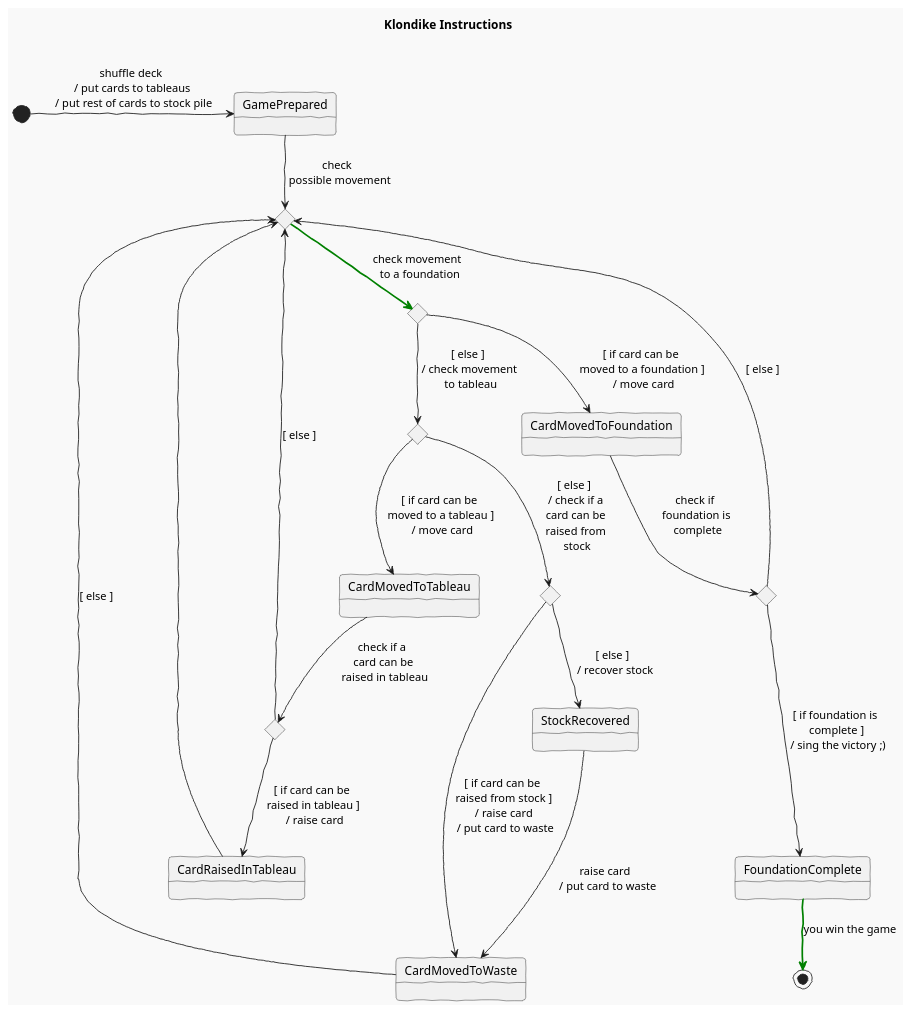
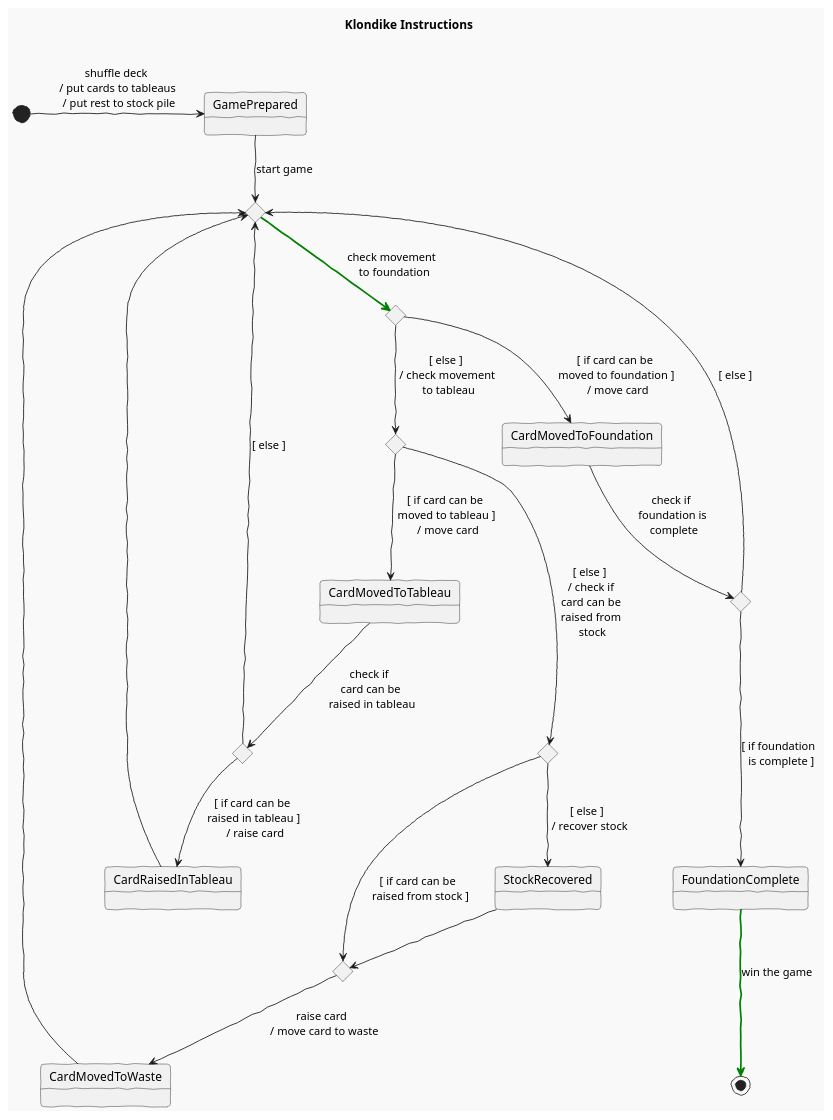
Before and after one commit to USantaTecla-ed-mpds/lab-boole: the diagram in disciplinasSoftware/game-klondike/docs/klondike--instructions.puml, drawn with PlantUML.

Commit message:
Klondike: Update/Improve Instructions

```diff
--- a/disciplinasSoftware/game-klondike/docs/klondike--instructions.puml
+++ b/disciplinasSoftware/game-klondike/docs/klondike--instructions.puml
@@ -1,46 +1,48 @@
 @startuml klondike--instructions
 
 skinparam handwritten true
-skinparam nodesep 50
-skinparam ranksep 50
+skinparam nodesep 60
+' skinparam ranksep 70
 !theme mars
 
 title Klondike Instructions \n
 
 state GamePrepared
 state _CheckPossibleMovement <<choice>>
 state _CheckMoveToFoundation <<choice>>
 state _CheckMoveToTableau <<choice>>
+state _CheckRaiseInTableau <<choice>>
 state _CheckRaiseCardFromStock <<choice>>
-state _CheckRaiseInTableau <<choice>>
 state _CheckFoundationComplete <<choice>>
+state _DoRaiseCardFromStock <<choice>>
 state CardMovedToFoundation
 state CardMovedToTableau
 state CardMovedToWaste
 state CardRaisedInTableau
 state StockRecovered
 state FoundationComplete
 
 
-[*]                         -r-> GamePrepared : shuffle deck \n / put cards to tableaus \n / put rest of cards to stock pile
-GamePrepared                --> _CheckPossibleMovement : check \n possible movement
-_CheckPossibleMovement      -[#green,bold]-> _CheckMoveToFoundation : check movement \n to a foundation
-_CheckMoveToFoundation      --> CardMovedToFoundation : [ if card can be \n moved to a foundation ] \n / move card
+[*]                         -r-> GamePrepared : shuffle deck \n / put cards to tableaus \n / put rest to stock pile
+GamePrepared                --> _CheckPossibleMovement : start game
+_CheckPossibleMovement      -[#green,bold]-> _CheckMoveToFoundation : check movement \n to foundation
+_CheckMoveToFoundation      --> CardMovedToFoundation : [ if card can be \n moved to foundation ] \n / move card
 CardMovedToFoundation       --> _CheckFoundationComplete : check if \n foundation is \n complete
-_CheckFoundationComplete    ---> FoundationComplete : [ if foundation is \n complete ] \n / sing the victory ;)
+_CheckFoundationComplete    ---> FoundationComplete : [ if foundation \n is complete ]
 _CheckFoundationComplete    --> _CheckPossibleMovement : [ else ]
 _CheckMoveToFoundation      --> _CheckMoveToTableau : [ else ] \n / check movement \n to tableau
-_CheckMoveToTableau         --> CardMovedToTableau : [ if card can be \n moved to a tableau ] \n / move card
-CardMovedToTableau          --> _CheckRaiseInTableau : check if a \n card can be \n raised in tableau
+_CheckMoveToTableau         --> CardMovedToTableau : [ if card can be \n moved to tableau ] \n / move card
+CardMovedToTableau          --> _CheckRaiseInTableau : check if \n card can be \n raised in tableau
 _CheckRaiseInTableau        --> CardRaisedInTableau : [ if card can be \n raised in tableau ] \n / raise card
 _CheckRaiseInTableau        --> _CheckPossibleMovement : [ else ]
 CardRaisedInTableau         --> _CheckPossibleMovement
-_CheckMoveToTableau         --> _CheckRaiseCardFromStock : [ else ] \n / check if a \n card can be \n raised from \n stock
-_CheckRaiseCardFromStock    --> CardMovedToWaste : [ if card can be \n raised from stock ] \n / raise card \n / put card to waste
+_CheckMoveToTableau         ---> _CheckRaiseCardFromStock : [ else ] \n / check if \n card can be \n raised from \n stock
+_CheckRaiseCardFromStock    -r-> _DoRaiseCardFromStock : [ if card can be \n raised from stock ]
 _CheckRaiseCardFromStock    --> StockRecovered : [ else ] \n / recover stock
-StockRecovered              ---> CardMovedToWaste : raise card \n / put card to waste
-CardMovedToWaste            --> _CheckPossibleMovement : [ else ]
-FoundationComplete          -[#green,bold]-> [*] : you win the game
+StockRecovered              --> _DoRaiseCardFromStock
+_DoRaiseCardFromStock       --> CardMovedToWaste : raise card \n / move card to waste
+CardMovedToWaste            --> _CheckPossibleMovement
+FoundationComplete          -[#green,bold]--> [*] : win the game
 
 
 @enduml
```
